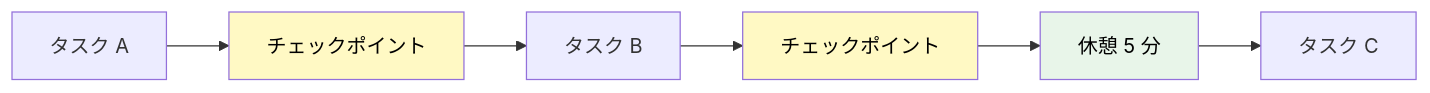
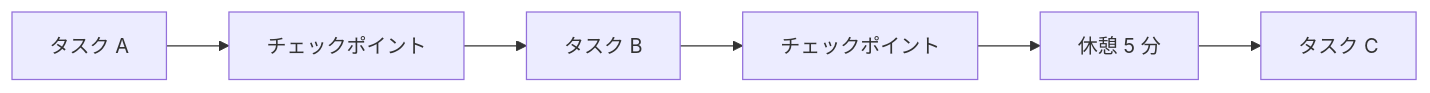
Before and after one commit to dinekt/dinekt-wiki: the third of 5 diagrams in docs/techniques/エージェントと協業する-1-日のワークフロー.md, drawn with Mermaid. The commit also changed other lines of this file and 70 other files, not shown here.

First line of the commit message:
fix(mermaid): strip all inline styling, rely on theme

````diff
--- a/docs/techniques/エージェントと協業する-1-日のワークフロー.md
+++ b/docs/techniques/エージェントと協業する-1-日のワークフロー.md
@@ -72,12 +67,9 @@
 ```mermaid
 flowchart LR
     T[タスク A] --> C1[チェックポイント]
     C1 --> T2[タスク B]
     T2 --> C2[チェックポイント]
     C2 --> B[休憩 5 分]
     B --> T3[タスク C]
 
-    style C1 fill:#fff9c4,color:#000
-    style C2 fill:#fff9c4,color:#000
-    style B fill:#e8f5e9,color:#000
 ```
````
